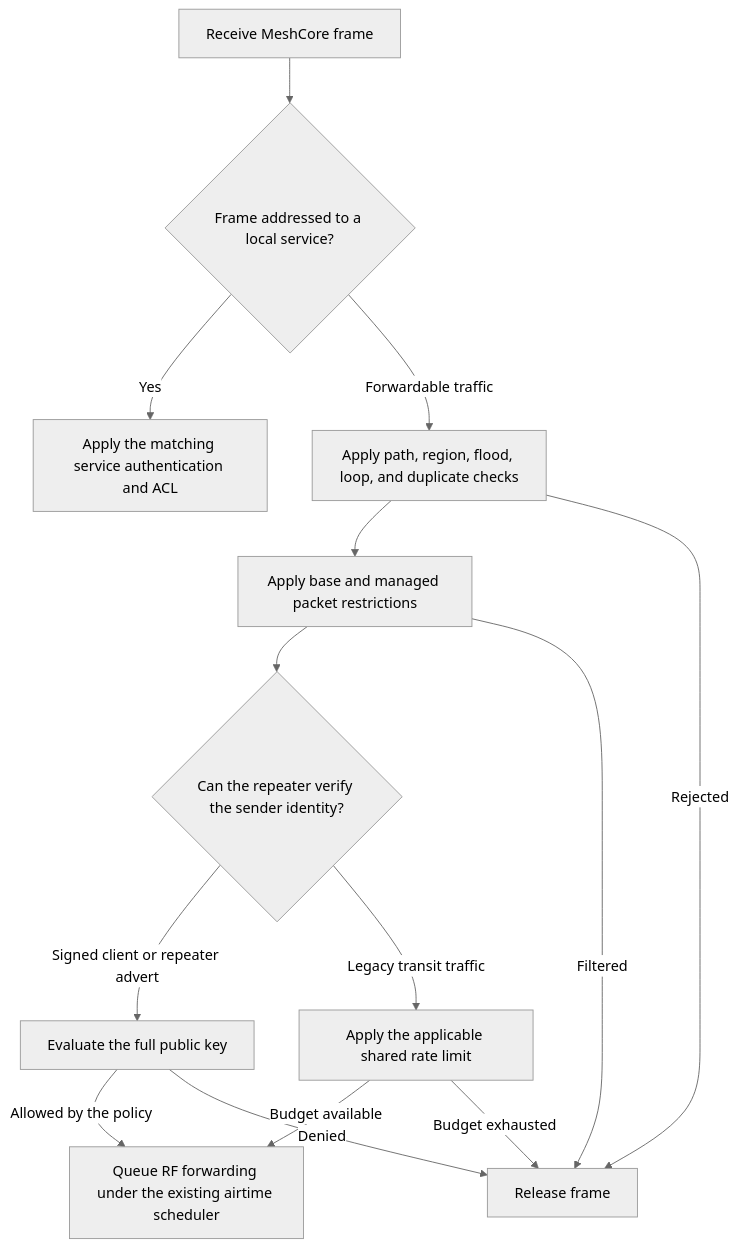
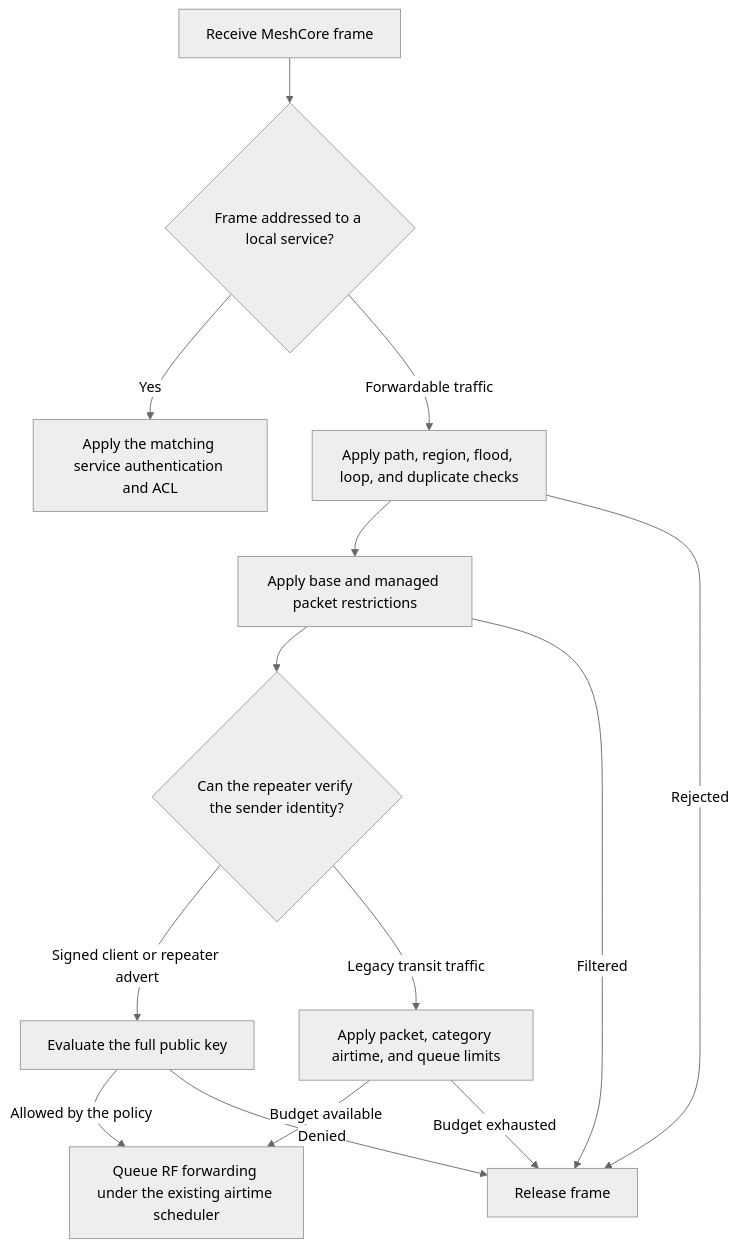
The second of 4 diagrams in README.md (WarDaddyLT/MeshCore-Hardened), drawn with Mermaid (neutral theme) before and after one commit. The commit also changed other lines of this file and 10 other files, not shown here.

Commit message:
MSHCHRD-7 Bound RF forwarding airtime independently by category (#39)

````diff
--- a/README.md
+++ b/README.md
@@ -74,16 +74,16 @@
 ```mermaid
 flowchart TD
     In["Receive MeshCore frame"] --> Dispatch{"Frame addressed to a local service?"}
     Dispatch -->|"Yes"| Access["Apply the matching service authentication and ACL"]
     Dispatch -->|"Forwardable traffic"| Route["Apply path, region, flood, loop, and duplicate checks"]
     Route --> Policy["Apply base and managed packet restrictions"]
     Policy --> Identity{"Can the repeater verify the sender identity?"}
     Identity -->|"Signed client or repeater advert"| Decision["Evaluate the full public key"]
-    Identity -->|"Legacy transit traffic"| Budget["Apply the applicable shared rate limit"]
+    Identity -->|"Legacy transit traffic"| Budget["Apply packet, category airtime, and queue limits"]
     Decision -->|"Allowed by the policy"| Queue["Queue RF forwarding under the existing airtime scheduler"]
     Budget -->|"Budget available"| Queue
     Route -->|"Rejected"| Drop["Release frame"]
     Policy -->|"Filtered"| Drop
     Decision -->|"Denied"| Drop
     Budget -->|"Budget exhausted"| Drop
 ```
````
